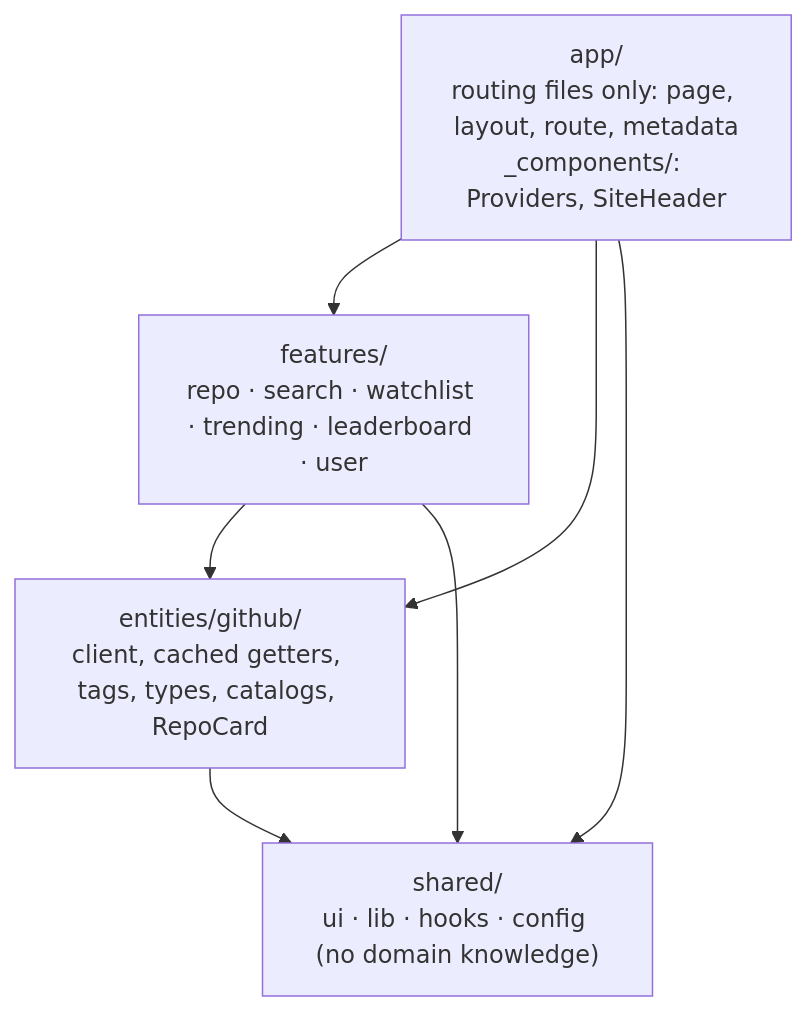
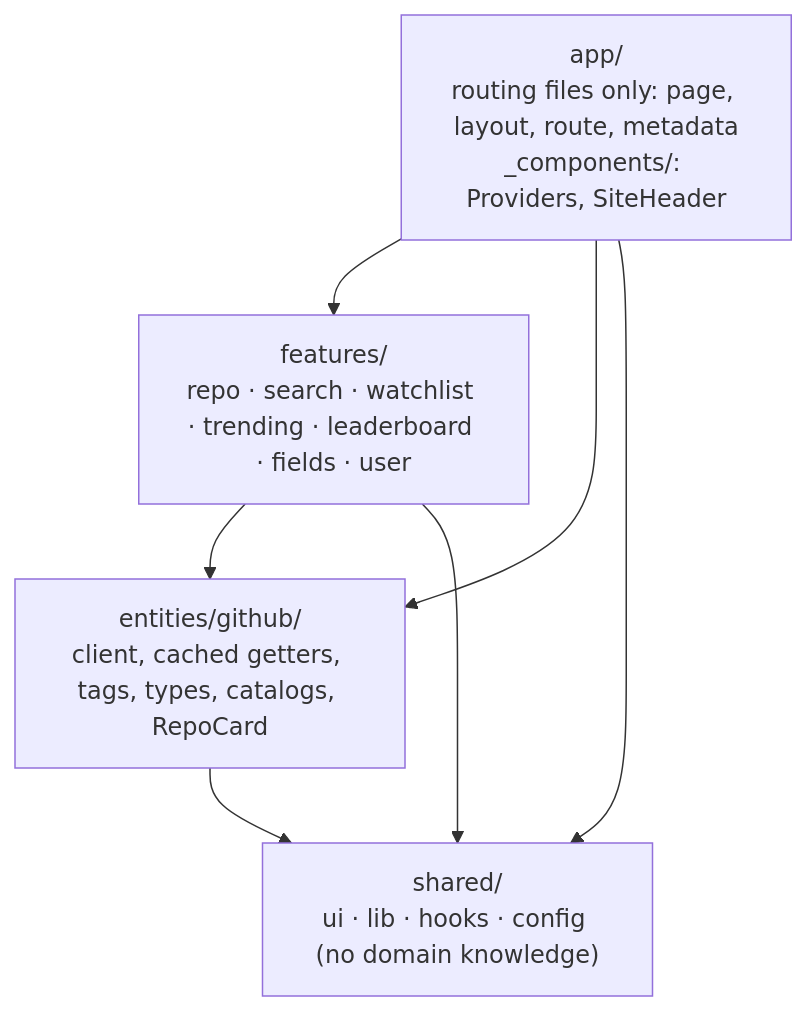
Before and after one commit to tarnishedMind/RepoRadar: diagram 18 of 18 in docs/ARCHITECTURE.md, drawn with Mermaid. The commit also changed other lines of this file and 26 other files, not shown here.

````diff
--- a/docs/ARCHITECTURE.md
+++ b/docs/ARCHITECTURE.md
@@ -872,11 +889,11 @@
 ```mermaid
 flowchart TD
   app["app/<br/>routing files only: page, layout, route, metadata<br/>_components/: Providers, SiteHeader"]
-  features["features/<br/>repo · search · watchlist · trending · leaderboard · user"]
+  features["features/<br/>repo · search · watchlist · trending · leaderboard · fields · user"]
   entities["entities/github/<br/>client, cached getters, tags, types, catalogs, RepoCard"]
   shared["shared/<br/>ui · lib · hooks · config (no domain knowledge)"]
   app --> features --> entities --> shared
   app --> entities
   app --> shared
   features --> shared
 ```
````
